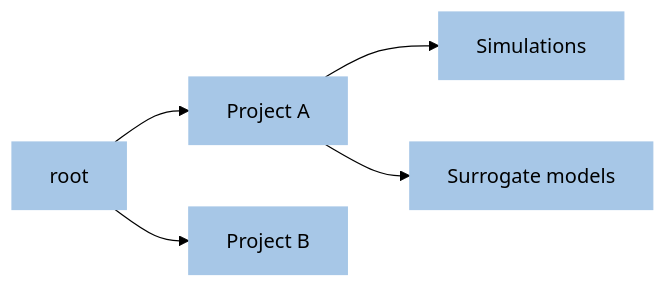
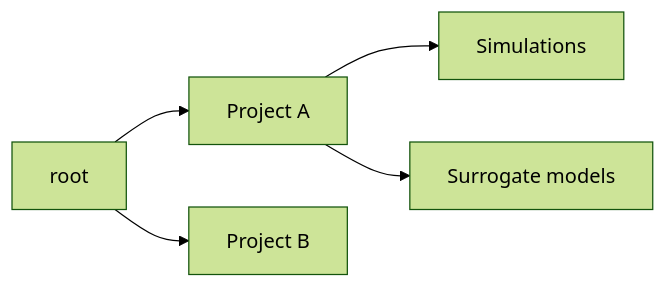
One commit to simvue-io/docs changed the diagram in docs/home/concepts.md. Above: the diagram before and after it, drawn with Mermaid (forest theme). The commit also changed other lines of this file and 1 other file, not shown here.

Commit message:
Use SVG for artifacts workflow graphic

````diff
--- a/docs/home/concepts.md
+++ b/docs/home/concepts.md
@@ -19,12 +19,7 @@
 ``` mermaid
 graph LR
   A[root] --> B[Project A];
   A --> C[Project B];
   B --> D[Simulations];
   B --> E[Surrogate models];
-  style A fill:#A7C7E7,stroke: #A7C7E7;
-  style B fill:#A7C7E7,stroke: #A7C7E7;
-  style C fill:#A7C7E7,stroke: #A7C7E7;
-  style D fill:#A7C7E7,stroke: #A7C7E7;
-  style E fill:#A7C7E7,stroke: #A7C7E7;
 ```
````
